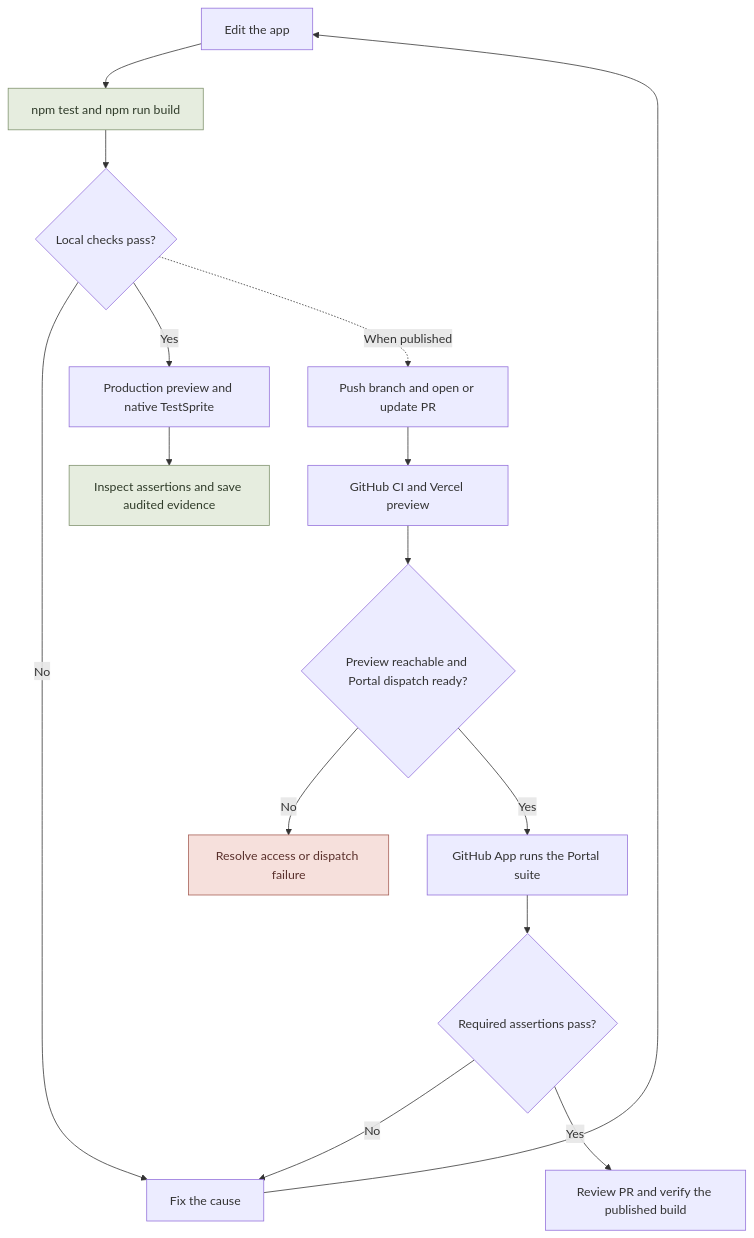
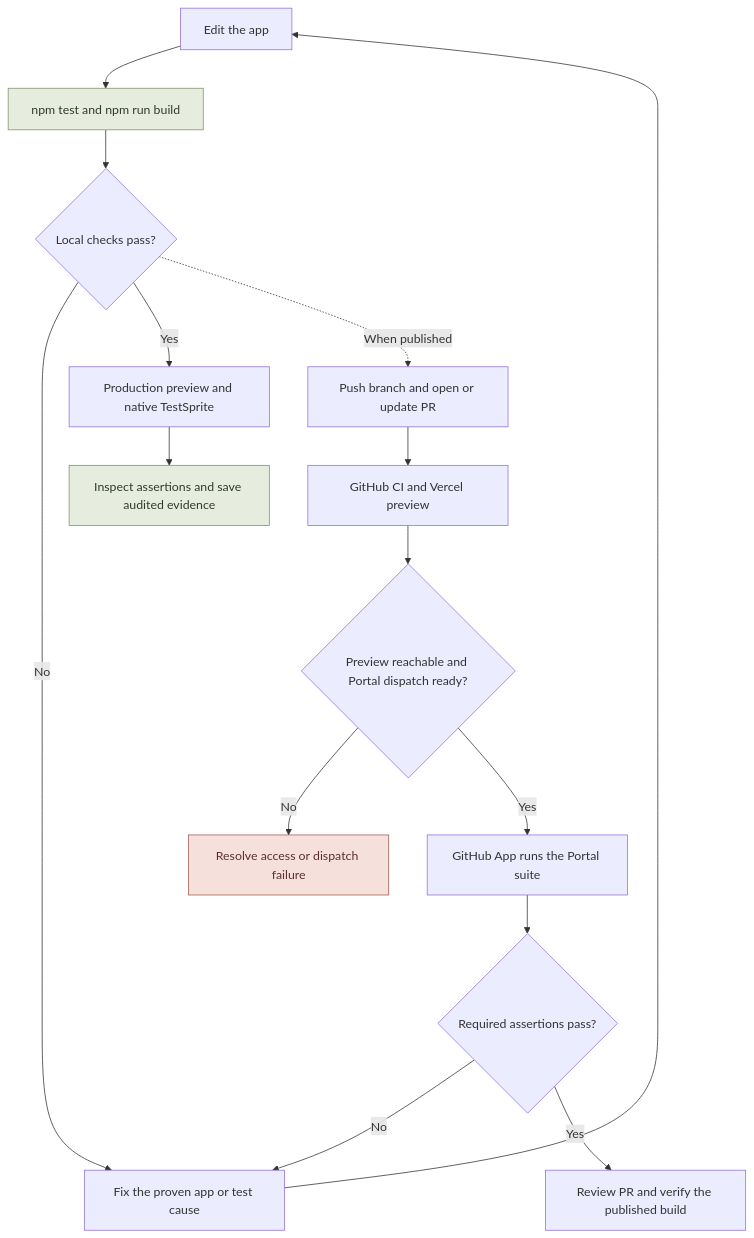
The third of 3 diagrams in README.md (Davidson3556/Paperwild), drawn with Mermaid before and after one commit. The commit also changed other lines of this file and 22 other files, not shown here.

Commit message:
Verify startup and game flows with strict TestSprite replays

````diff
--- a/README.md
+++ b/README.md
@@ -222,22 +219,22 @@
 ```mermaid
 flowchart TD
     changes["Edit the app"] --> localChecks["npm test and npm run build"]
     localChecks --> localPass{"Local checks pass?"}
-    localPass -->|"No"| correction["Fix the cause"]
+    localPass -->|"No"| correction["Fix the proven app or test cause"]
     correction --> changes
     localPass -->|"Yes"| native["Production preview and native TestSprite"]
     native --> audit["Inspect assertions and save audited evidence"]
     localPass -.->|"When published"| pullRequest["Push branch and open or update PR"]
     pullRequest --> hosting["GitHub CI and Vercel preview"]
     hosting --> portalReady{"Preview reachable and Portal dispatch ready?"}
     portalReady -->|"No"| blocked["Resolve access or dispatch failure"]
     portalReady -->|"Yes"| portal["GitHub App runs the Portal suite"]
     portal --> acceptance{"Required assertions pass?"}
     acceptance -->|"No"| correction
     acceptance -->|"Yes"| release["Review PR and verify the published build"]
 
     classDef checked fill:#e6eddf,stroke:#7e916c,color:#2f3b29
     classDef attention fill:#f6e0dc,stroke:#a55c53,color:#5a302c
     class localChecks,audit checked
     class blocked attention
 ```
````
